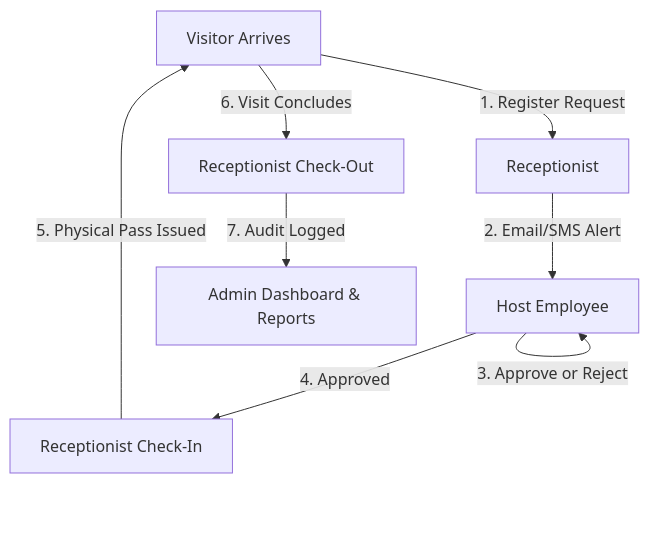
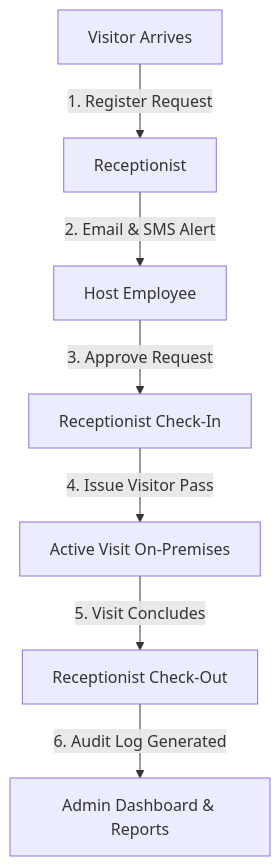
Before and after one commit to sheshathrik/Visitor-Pass-Management-: the diagram in README.md, drawn with Mermaid. The commit also changed 2 other files, not shown here.

Commit message:
Fix Mermaid diagram syntax in README

````diff
--- a/README.md
+++ b/README.md
@@ -37,10 +37,9 @@
 ```mermaid
-graph TD
-    A[Visitor Arrives] -->|1. Register Request| B[Receptionist]
-    B -->|2. Email/SMS Alert| C[Host Employee]
-    C -->|3. Approve or Reject| C
-    C -->|4. Approved| D[Receptionist Check-In]
-    D -->|5. Physical Pass Issued| A
-    A -->|6. Visit Concludes| E[Receptionist Check-Out]
-    E -->|7. Audit Logged| F[Admin Dashboard & Reports]
+flowchart TD
+    A["Visitor Arrives"] -->|"1. Register Request"| B["Receptionist"]
+    B -->|"2. Email & SMS Alert"| C["Host Employee"]
+    C -->|"3. Approve Request"| D["Receptionist Check-In"]
+    D -->|"4. Issue Visitor Pass"| E["Active Visit On-Premises"]
+    E -->|"5. Visit Concludes"| F["Receptionist Check-Out"]
+    F -->|"6. Audit Log Generated"| G["Admin Dashboard & Reports"]
 ```
````
